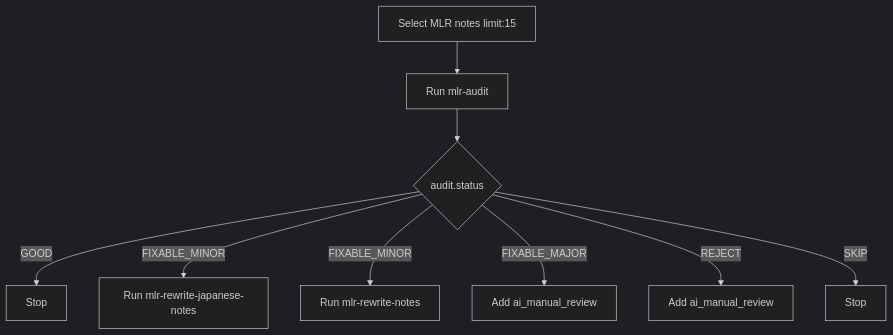
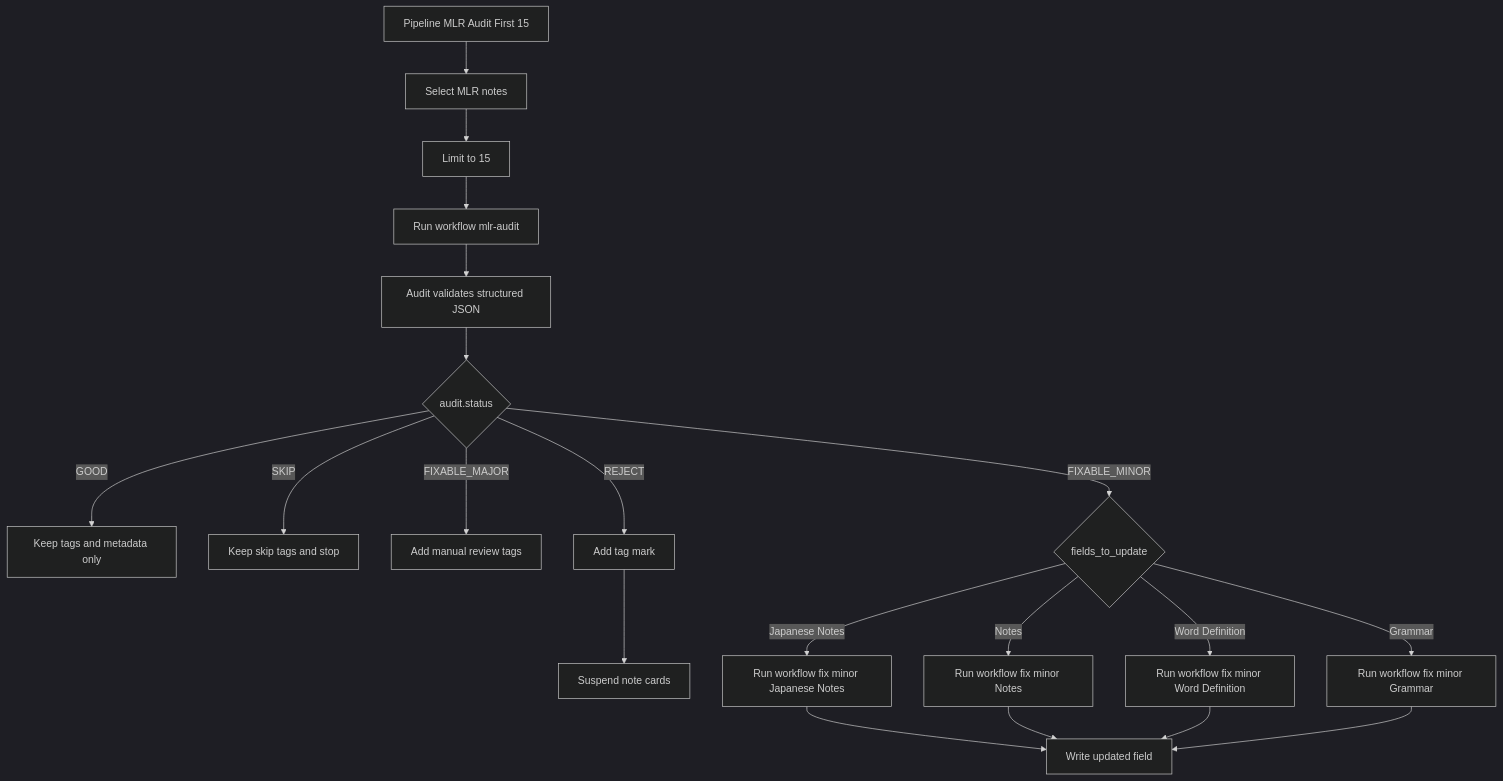
One commit to moritzvitt/anki-ai-automation changed the diagram in docs/architecture/sample-user-audit-pipeline.md. Above: the diagram before and after it, drawn with Mermaid (dark theme). The commit also changed other lines of this file and 2 other files, not shown here.

Commit message:
Refresh sample audit pipeline docs

````diff
--- a/docs/architecture/sample-user-audit-pipeline.md
+++ b/docs/architecture/sample-user-audit-pipeline.md
@@ -163,12 +24,26 @@
 ```mermaid
 graph TD
-    A[Select MLR notes limit:15] --> B[Run mlr-audit]
-    B --> C{audit.status}
-    C -->|GOOD| D[Stop]
-    C -->|FIXABLE_MINOR| E[Run mlr-rewrite-japanese-notes]
-    C -->|FIXABLE_MINOR| F[Run mlr-rewrite-notes]
-    C -->|FIXABLE_MAJOR| G[Add ai_manual_review]
-    C -->|REJECT| H[Add ai_manual_review]
-    C -->|SKIP| I[Stop]
+    A[Pipeline MLR Audit First 15] --> B[Select MLR notes]
+    B --> C[Limit to 15]
+    C --> D[Run workflow mlr-audit]
+    D --> E[Audit validates structured JSON]
+    E --> F{audit.status}
+
+    F -->|GOOD| G[Keep tags and metadata only]
+    F -->|SKIP| H[Keep skip tags and stop]
+    F -->|FIXABLE_MAJOR| I[Add manual review tags]
+    F -->|REJECT| J[Add tag mark]
+    J --> K[Suspend note cards]
+    F -->|FIXABLE_MINOR| L{fields_to_update}
+
+    L -->|Japanese Notes| M[Run workflow fix minor Japanese Notes]
+    L -->|Notes| N[Run workflow fix minor Notes]
+    L -->|Word Definition| O[Run workflow fix minor Word Definition]
+    L -->|Grammar| P[Run workflow fix minor Grammar]
+
+    M --> Q[Write updated field]
+    N --> Q
+    O --> Q
+    P --> Q
 
 ```
````
